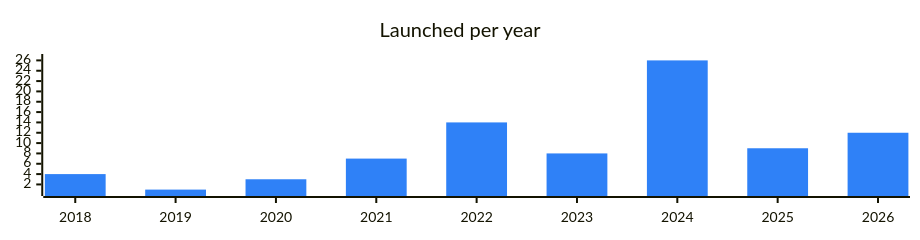
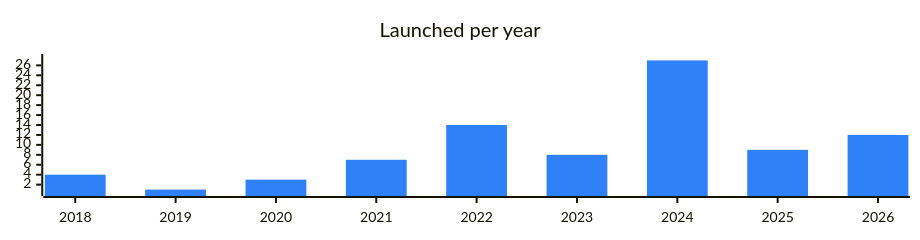
One commit to vitalikgpt/gram-ecosystem changed the diagram in categories/exchanges.md. Above: the diagram before and after it, drawn with Mermaid. The commit also changed other lines of this file and 69 other files, not shown here.

````diff
--- a/categories/exchanges.md
+++ b/categories/exchanges.md
@@ -7,7 +7,7 @@
 ```mermaid
 %%{init: {"xyChart": {"width": 900, "height": 220}, "themeVariables": {"xyChart": {"plotColorPalette": "#2f81f7"}}}}%%
 xychart-beta
   title "Launched per year"
   x-axis ["2018", "2019", "2020", "2021", "2022", "2023", "2024", "2025", "2026"]
-  bar [4, 1, 3, 7, 14, 8, 26, 9, 12]
+  bar [4, 1, 3, 7, 14, 8, 27, 9, 12]
 ```
````
